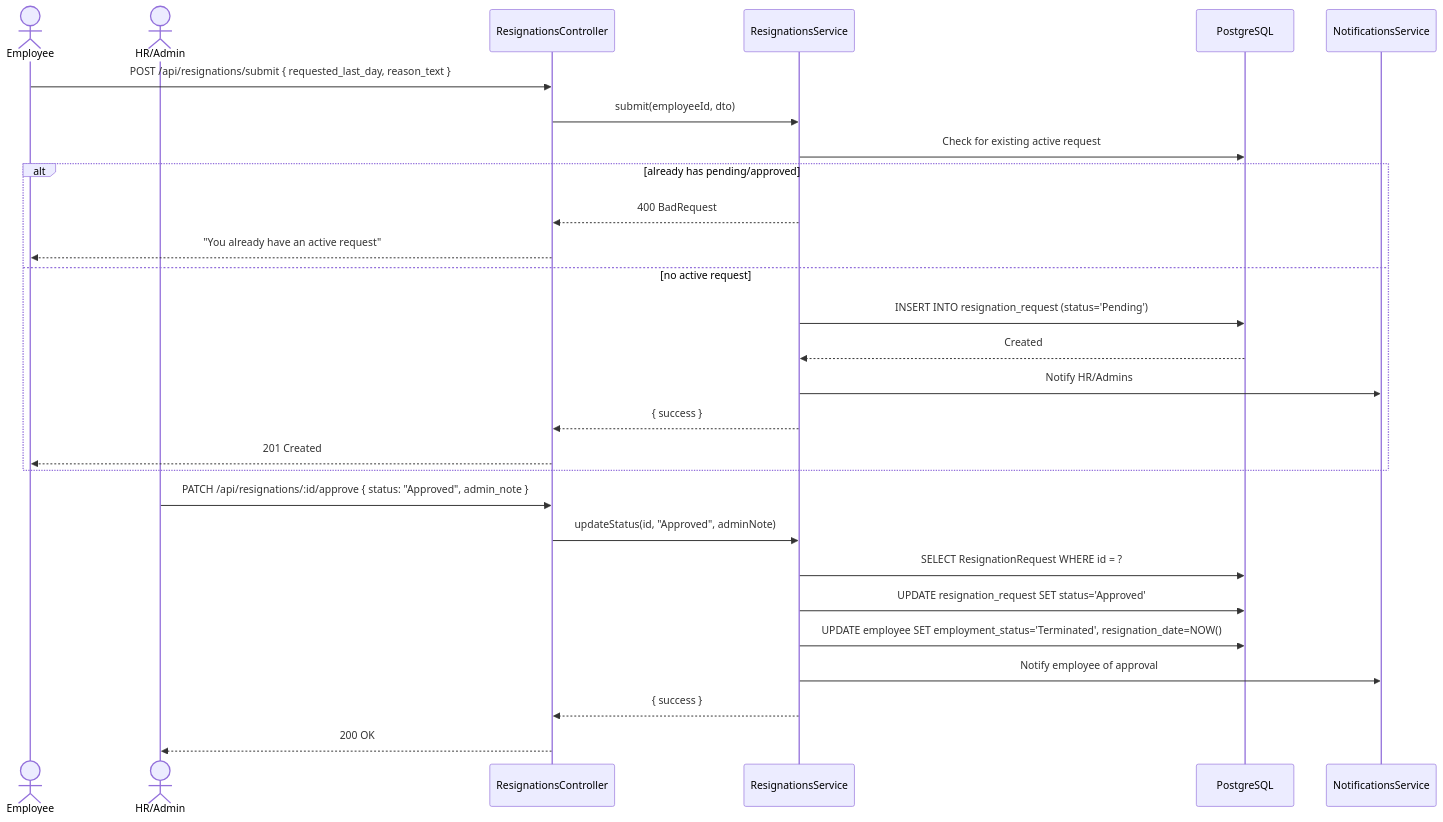
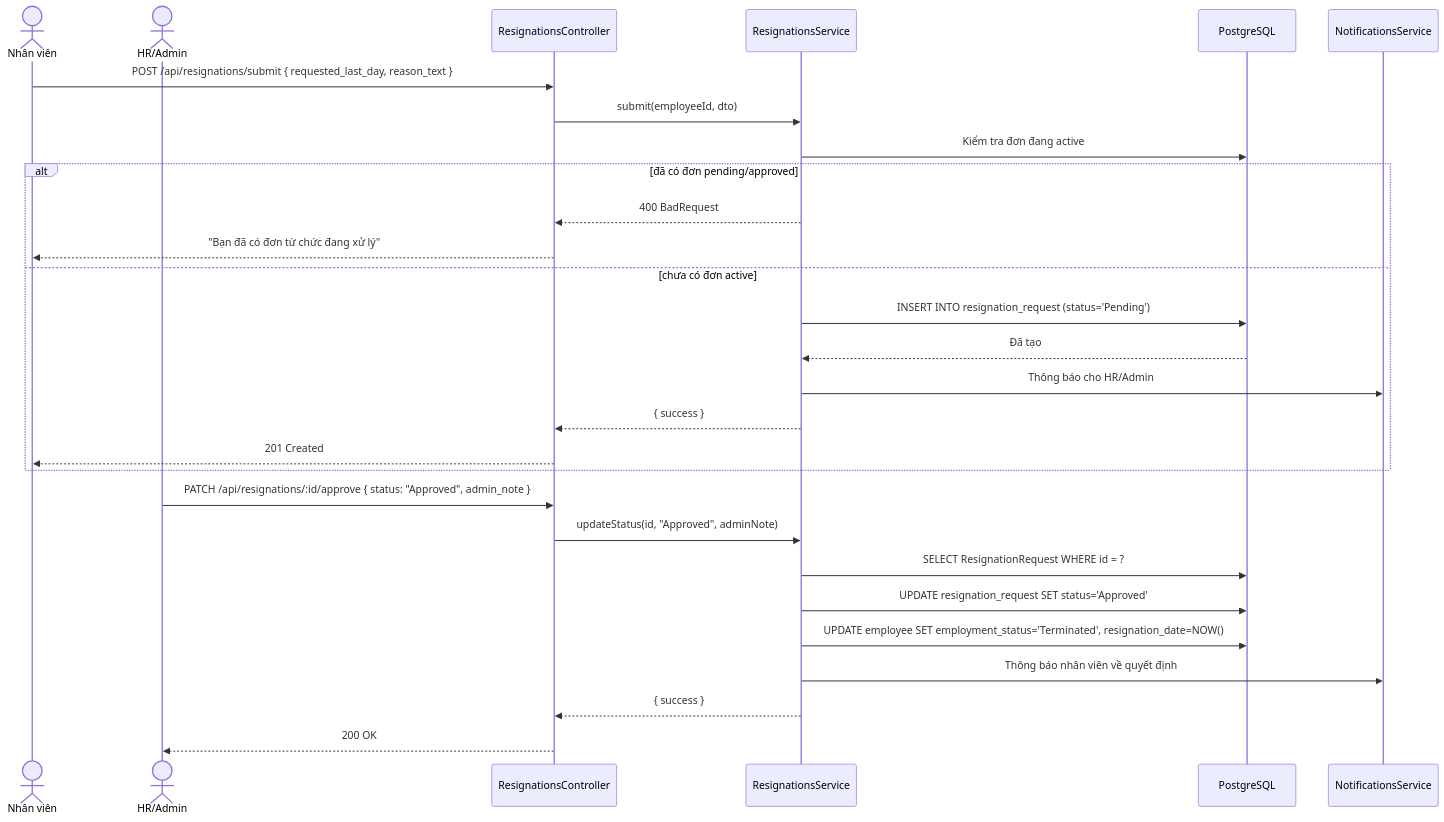
One commit to Luo-Zhii/HRM-Gene changed the seventh of 16 diagrams in docs/sequence-diagrams.md. Above: the diagram before and after it, drawn with Mermaid. The commit also changed other lines of this file and 3 other files, not shown here.

````diff
--- a/docs/sequence-diagrams.md
+++ b/docs/sequence-diagrams.md
@@ -296,32 +341,32 @@
 ```mermaid
 sequenceDiagram
-    actor E as Employee
+    actor E as Nhân viên
     actor H as HR/Admin
     participant RC as ResignationsController
     participant RS as ResignationsService
     participant DB as PostgreSQL
     participant NS as NotificationsService
 
     E->>RC: POST /api/resignations/submit { requested_last_day, reason_text }
     RC->>RS: submit(employeeId, dto)
-    RS->>DB: Check for existing active request
-    alt already has pending/approved
+    RS->>DB: Kiểm tra đơn đang active
+    alt đã có đơn pending/approved
         RS-->>RC: 400 BadRequest
-        RC-->>E: "You already have an active request"
-    else no active request
+        RC-->>E: "Bạn đã có đơn từ chức đang xử lý"
+    else chưa có đơn active
         RS->>DB: INSERT INTO resignation_request (status='Pending')
-        DB-->>RS: Created
-        RS->>NS: Notify HR/Admins
+        DB-->>RS: Đã tạo
+        RS->>NS: Thông báo cho HR/Admin
         RS-->>RC: { success }
         RC-->>E: 201 Created
     end
 
     H->>RC: PATCH /api/resignations/:id/approve { status: "Approved", admin_note }
     RC->>RS: updateStatus(id, "Approved", adminNote)
     RS->>DB: SELECT ResignationRequest WHERE id = ?
     RS->>DB: UPDATE resignation_request SET status='Approved'
     RS->>DB: UPDATE employee SET employment_status='Terminated', resignation_date=NOW()
-    RS->>NS: Notify employee of approval
+    RS->>NS: Thông báo nhân viên về quyết định
     RS-->>RC: { success }
     RC-->>H: 200 OK
 ```
````
